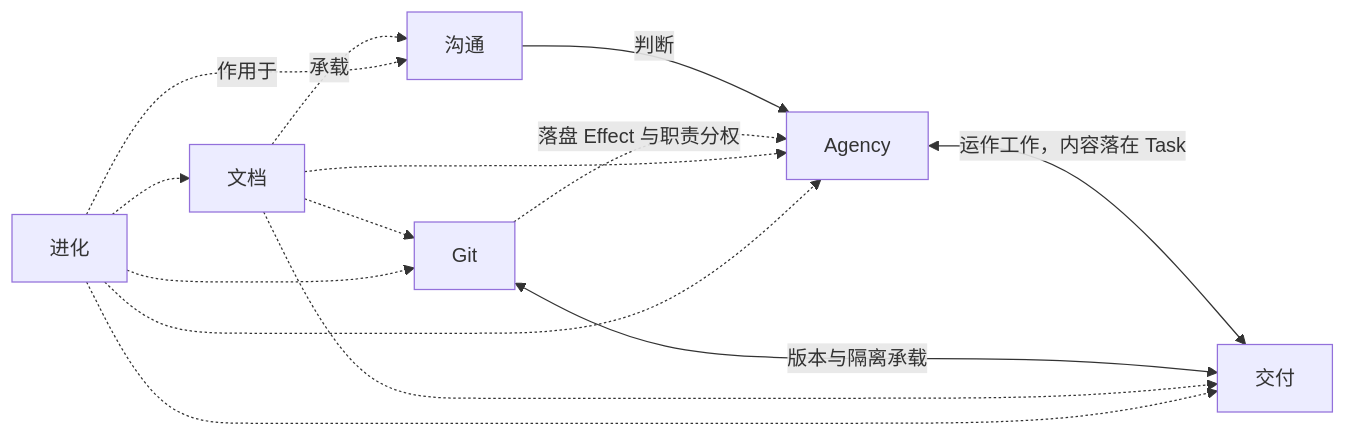
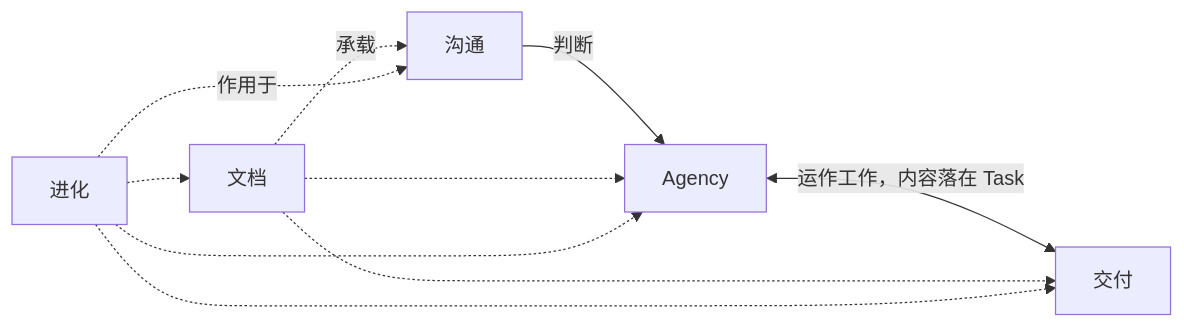
The diagram in theory/index.md (sayoriqwq/sayori.chr), drawn with Mermaid before and after one commit. The commit also changed other lines of this file and 56 other files, not shown here.

````diff
--- a/theory/index.md
+++ b/theory/index.md
@@ -47,16 +46,12 @@
 ```mermaid
 flowchart LR
     C["沟通"] -->|判断| A["Agency"]
     A <-->|运作工作，内容落在 Task| D["交付"]
-    G["Git"] <-->|版本与隔离承载| D
-    G -.->|落盘 Effect 与职责分权| A
     Doc["文档"] -.->|承载| C
     Doc -.-> A
     Doc -.-> D
-    Doc -.-> G
     E["进化"] -.->|作用于| C
     E -.-> A
     E -.-> D
     E -.-> Doc
-    E -.-> G
 ```
````
